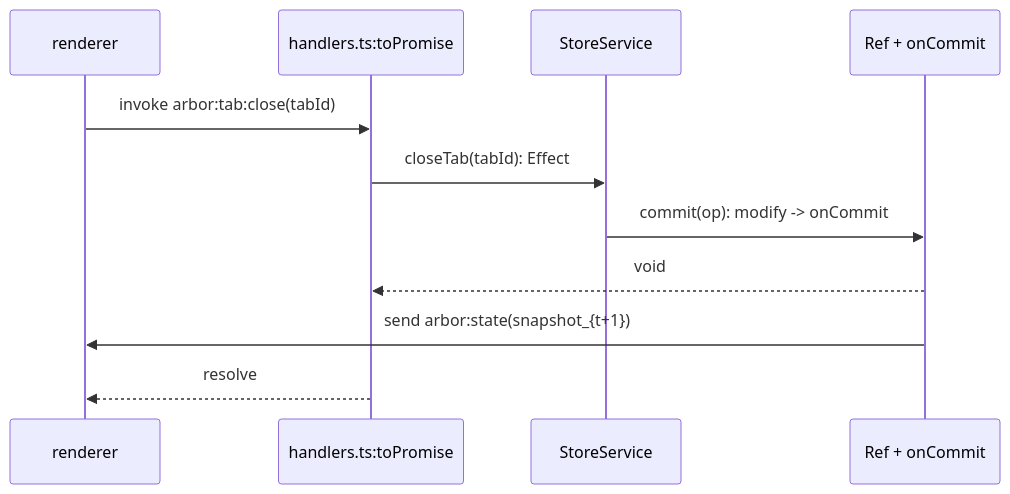
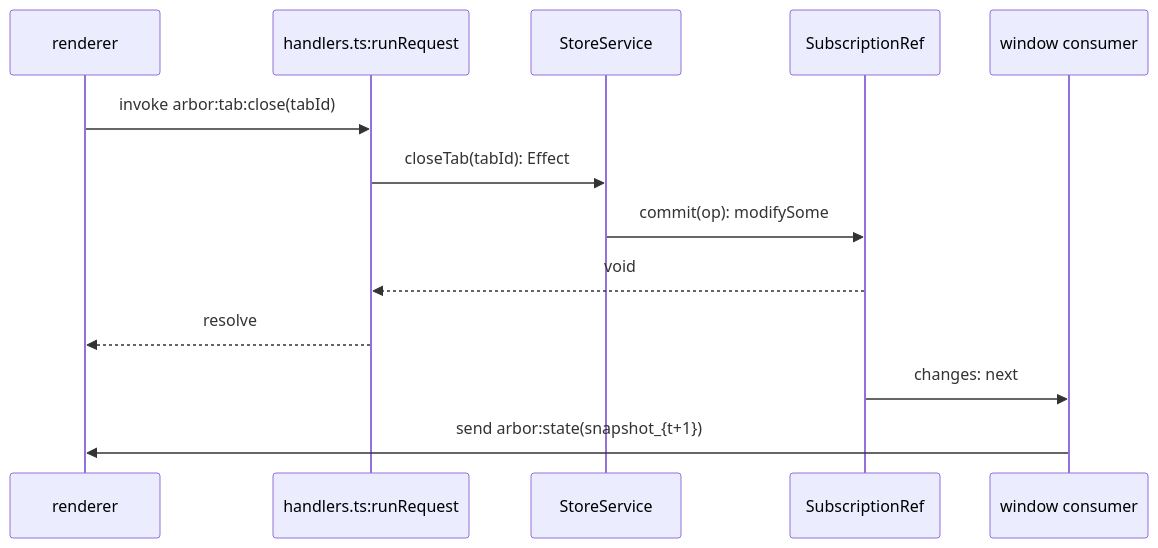
One commit to rom100main/arbor changed the second of 3 diagrams in docs/architecture/03-store.md. Above: the diagram before and after it, drawn with Mermaid. The commit also changed other lines of this file and 3 other files, not shown here.

Commit message:
docs(architecture): ops no longer throw, use effect on store, adapt the rest of code on effect

````diff
--- a/docs/architecture/03-store.md
+++ b/docs/architecture/03-store.md
@@ -62,13 +64,15 @@
 ```mermaid
 sequenceDiagram
     participant R as renderer
-    participant H as handlers.ts:toPromise
+    participant H as handlers.ts:runRequest
     participant S as StoreService
-    participant F as Ref + onCommit
+    participant F as SubscriptionRef
+    participant C as window consumer
     R->>H: invoke arbor:tab:close(tabId)
     H->>S: closeTab(tabId): Effect
-    S->>F: commit(op): modify -> onCommit
+    S->>F: commit(op): modifySome
     F-->>H: void
-    F->>R: send arbor:state(snapshot_{t+1})
     H-->>R: resolve
+    F->>C: changes: next
+    C->>R: send arbor:state(snapshot_{t+1})
 ```
````
